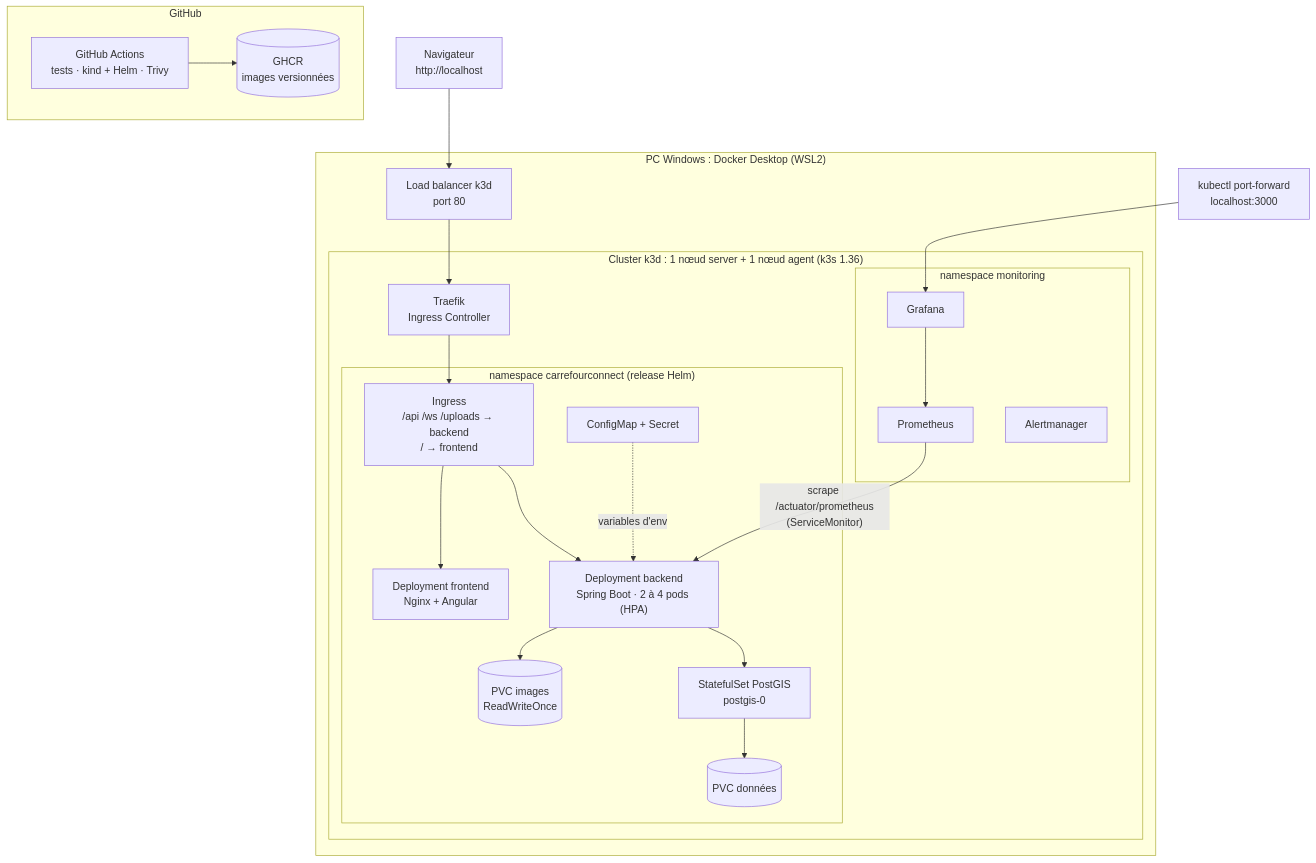
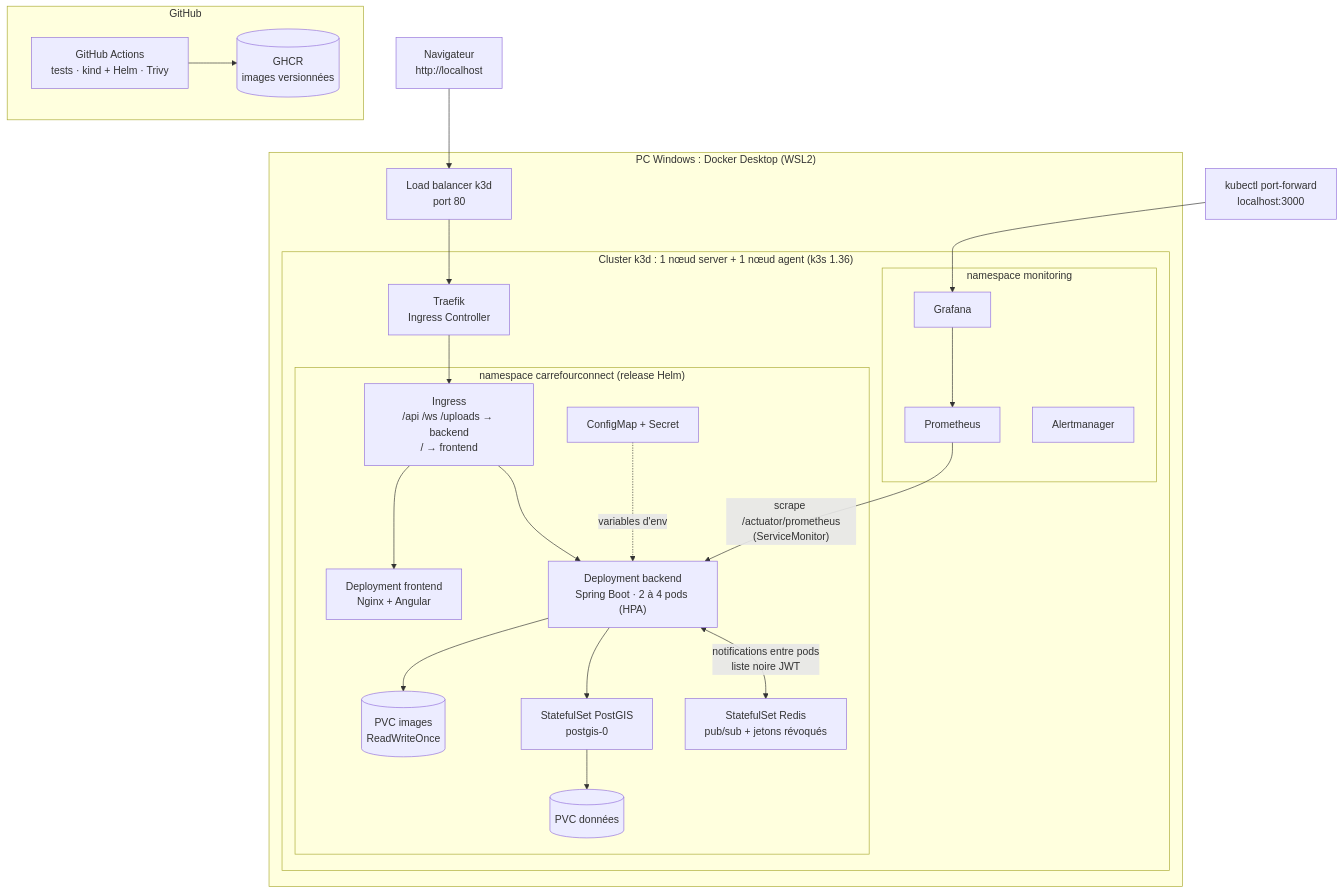
Before and after one commit to Fotso12/CarrefourConnect: the diagram in deploy/README.md, drawn with Mermaid. The commit also changed other lines of this file and 3 other files, not shown here.

Commit message:
docs: Redis dans l'architecture, le dépannage et les limites connues

````diff
--- a/deploy/README.md
+++ b/deploy/README.md
@@ -18,40 +18,42 @@
 ```mermaid
 flowchart TB
     nav["Navigateur<br/>http://localhost"]
     subgraph pc["PC Windows : Docker Desktop (WSL2)"]
       lb["Load balancer k3d<br/>port 80"]
       subgraph k3d["Cluster k3d : 1 nœud server + 1 nœud agent (k3s 1.36)"]
         traefik["Traefik<br/>Ingress Controller"]
         subgraph app["namespace carrefourconnect (release Helm)"]
           ing["Ingress<br/>/api /ws /uploads → backend<br/>/ → frontend"]
           fe["Deployment frontend<br/>Nginx + Angular"]
           be["Deployment backend<br/>Spring Boot · 2 à 4 pods (HPA)"]
           pvc[("PVC images<br/>ReadWriteOnce")]
           db["StatefulSet PostGIS<br/>postgis-0"]
+          redis["StatefulSet Redis<br/>pub/sub + jetons révoqués"]
           pvcdb[("PVC données")]
           cfg["ConfigMap + Secret"]
         end
         subgraph mon["namespace monitoring"]
           prom["Prometheus"]
           graf["Grafana"]
           am["Alertmanager"]
         end
       end
     end
     nav --> lb --> traefik --> ing
     ing --> fe
     ing --> be
     be --> db
+    be <-->|"notifications entre pods<br/>liste noire JWT"| redis
     be --> pvc
     db --> pvcdb
     cfg -.variables d'env.-> be
     prom -- "scrape /actuator/prometheus<br/>(ServiceMonitor)" --> be
     graf --> prom
     dev["kubectl port-forward<br/>localhost:3000"] --> graf
 
     subgraph gh["GitHub"]
       ci["GitHub Actions<br/>tests · kind + Helm · Trivy"]
       ghcr[("GHCR<br/>images versionnées")]
     end
     ci --> ghcr
 ```
````
